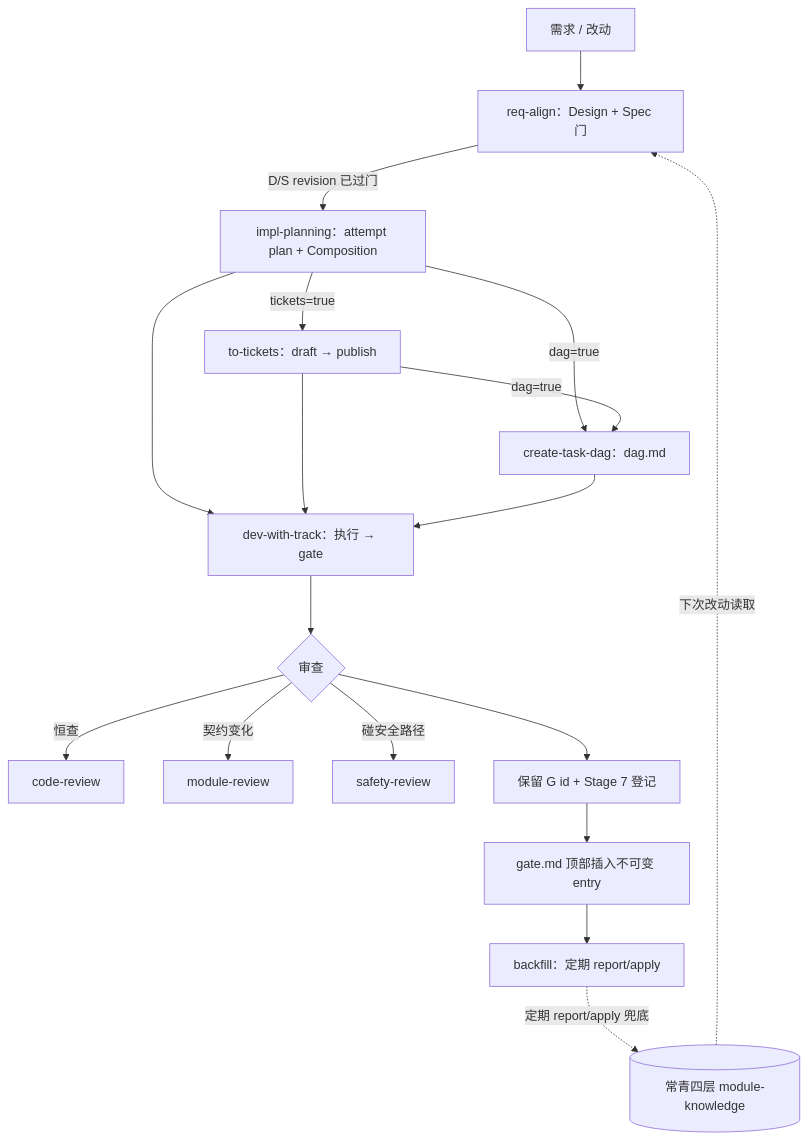
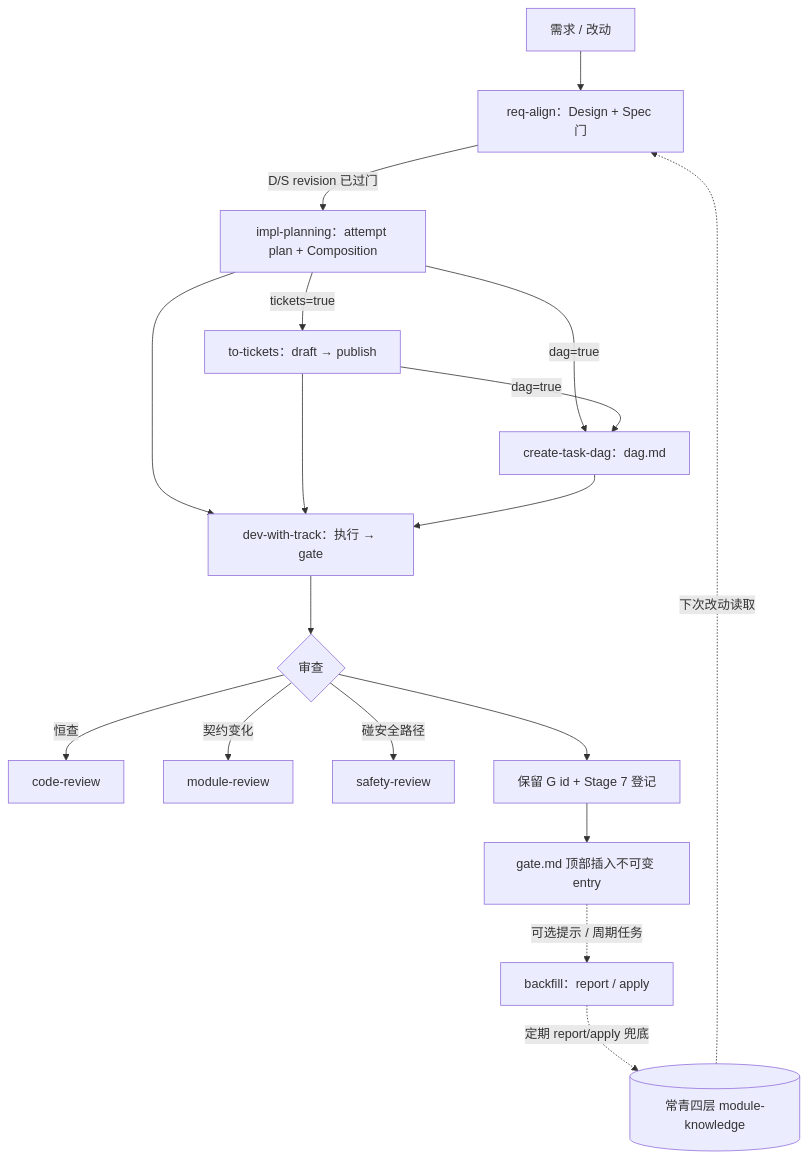
Before and after one commit to fangxiao-dev/agent-workbench: the diagram in skills/impl-package/SKILL.md, drawn with Mermaid. The commit also changed other lines of this file, not shown here.

Commit message:
docs(impl-package): make backfill an optional follow-up

````diff
--- a/skills/impl-package/SKILL.md
+++ b/skills/impl-package/SKILL.md
@@ -22,20 +22,20 @@
 ```mermaid
 flowchart TD
     Req[需求 / 改动] --> RA[req-align：Design + Spec 门]
     RA -->|D/S revision 已过门| PL[impl-planning：attempt plan + Composition]
     PL -->|tickets=true| TK[to-tickets：draft → publish]
     PL -->|dag=true| DG[create-task-dag：dag.md]
     TK -->|dag=true| DG
     PL --> EX[dev-with-track：执行 → gate]
     TK --> EX
     DG --> EX
     EX --> RV{审查}
     RV -->|恒查| CR[code-review]
     RV -->|契约变化| MR[module-review]
     RV -->|碰安全路径| SR[safety-review]
     RV --> CAP[保留 G id + Stage 7 登记]
     CAP --> GT[gate.md 顶部插入不可变 entry]
-    GT --> BF[backfill：定期 report/apply]
+    GT -. 可选提示 / 周期任务 .-> BF[backfill：report / apply]
     BF -. 定期 report/apply 兜底 .-> EV[(常青四层 module-knowledge)]
     EV -. 下次改动读取 .-> RA
 ```
````
